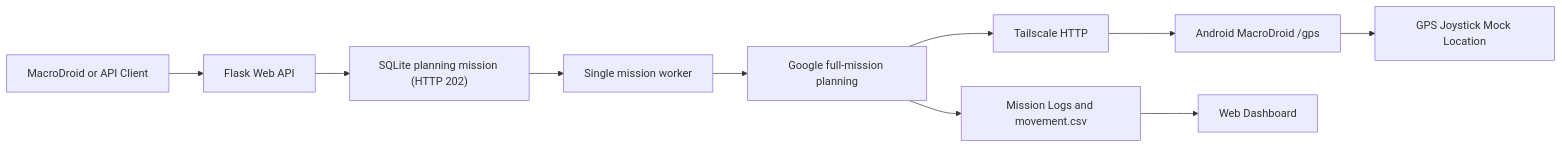
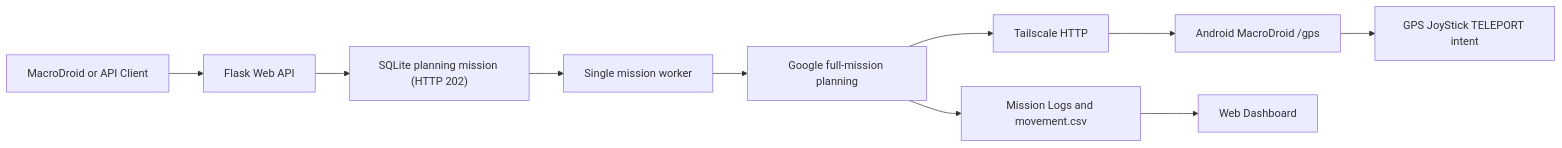
Before and after one commit to YangShengWen-0505/DigitalTwinGPS: the diagram in README.md, drawn with Mermaid. The commit also changed other lines of this file, not shown here.

````diff
--- a/README.md
+++ b/README.md
@@ -53,12 +25,12 @@
 ```mermaid
 flowchart LR
     A["MacroDroid or API Client"] --> B["Flask Web API"]
     B --> C["SQLite planning mission (HTTP 202)"]
     C --> D["Single mission worker"]
     D --> E["Google full-mission planning"]
     E --> F["Tailscale HTTP"]
     F --> G["Android MacroDroid /gps"]
-    G --> H["GPS Joystick Mock Location"]
+    G --> H["GPS JoyStick TELEPORT intent"]
     E --> I["Mission Logs and movement.csv"]
     I --> J["Web Dashboard"]
 ```
````
